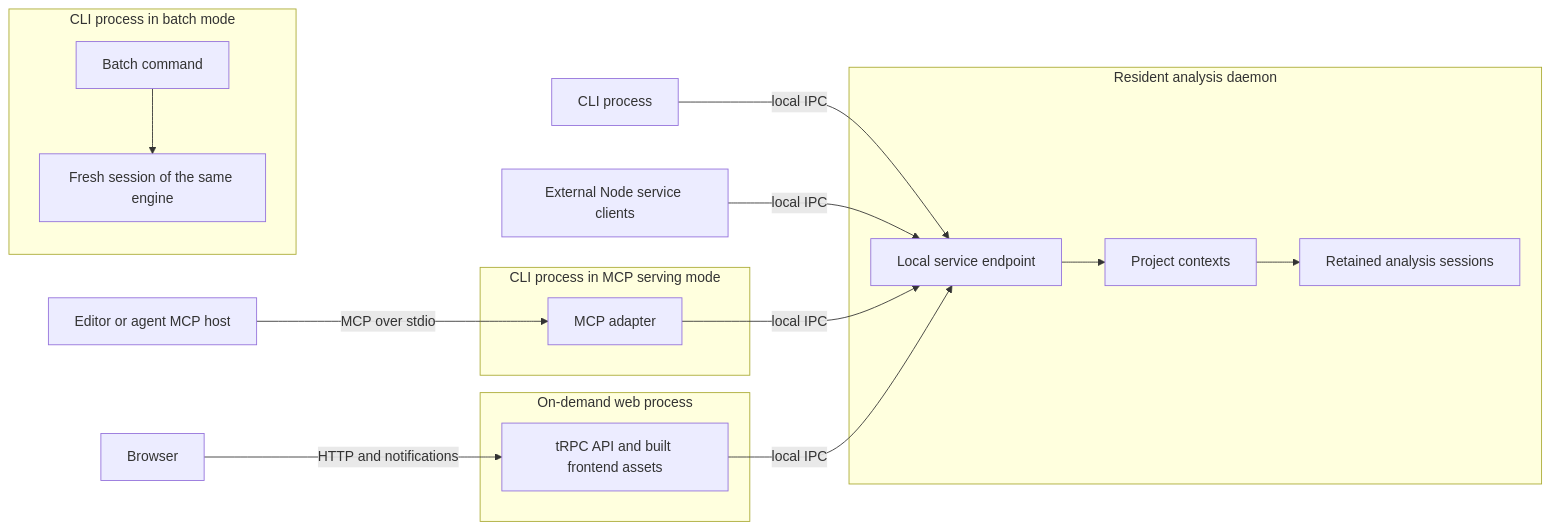
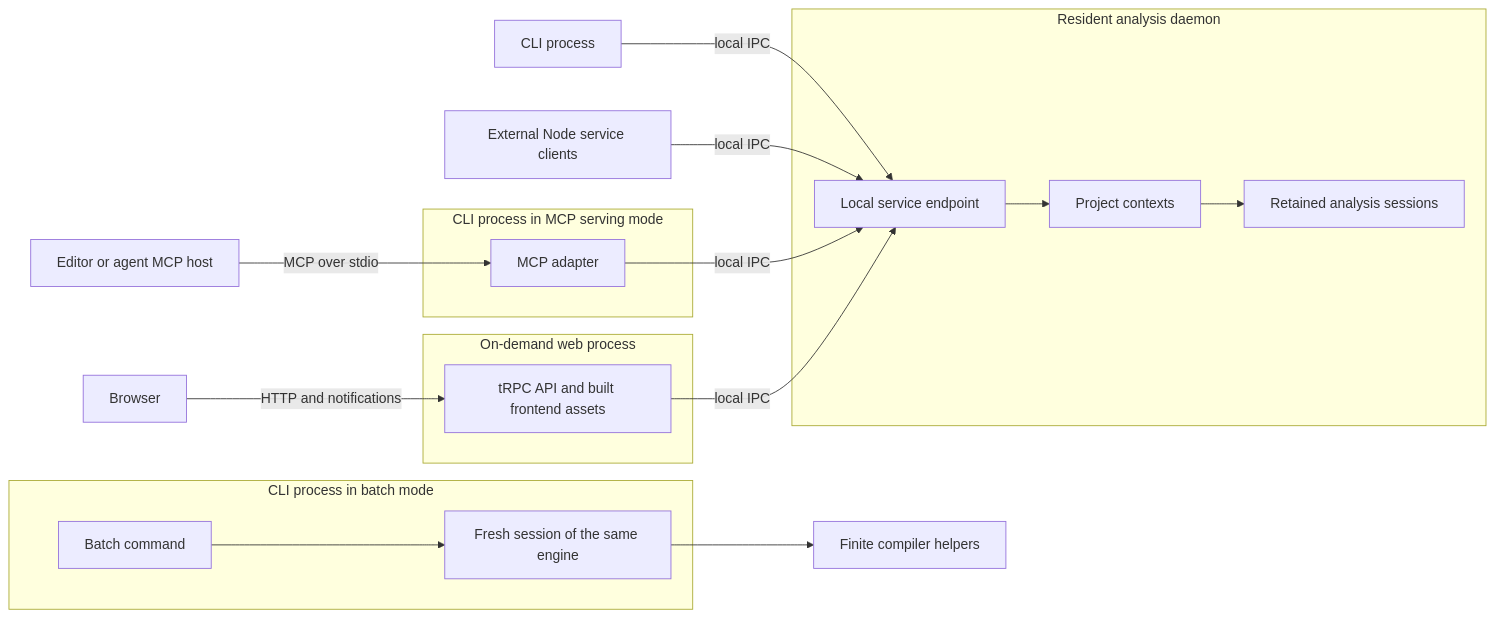
One commit to danmaz74/ramify changed the diagram in docs/architecture/processes-and-clients.md. Above: the diagram before and after it, drawn with Mermaid. The commit also changed other lines of this file and 2 other files, not shown here.

Commit message:
docs: update architecture docs after iteration-1-project-verifier

````diff
--- a/docs/architecture/processes-and-clients.md
+++ b/docs/architecture/processes-and-clients.md
@@ -15,22 +22,23 @@
 ```mermaid
 flowchart LR
   CLI[CLI process] -->|local IPC| API
   Native[External Node service clients] -->|local IPC| API
   Host[Editor or agent MCP host] -->|MCP over stdio| MCP
   subgraph McpProcess[CLI process in MCP serving mode]
     MCP[MCP adapter]
   end
   MCP -->|local IPC| API
   Browser[Browser] -->|HTTP and notifications| Web
   subgraph WebProcess[On-demand web process]
     Web[tRPC API and built frontend assets]
   end
   Web -->|local IPC| API
   subgraph DaemonProcess[Resident analysis daemon]
     API[Local service endpoint] --> Contexts[Project contexts]
     Contexts --> Engine[Retained analysis sessions]
   end
   subgraph BatchProcess[CLI process in batch mode]
     Batch[Batch command] --> Fresh[Fresh session of the same engine]
   end
+  Fresh --> Helpers[Finite compiler helpers]
 ```
````
